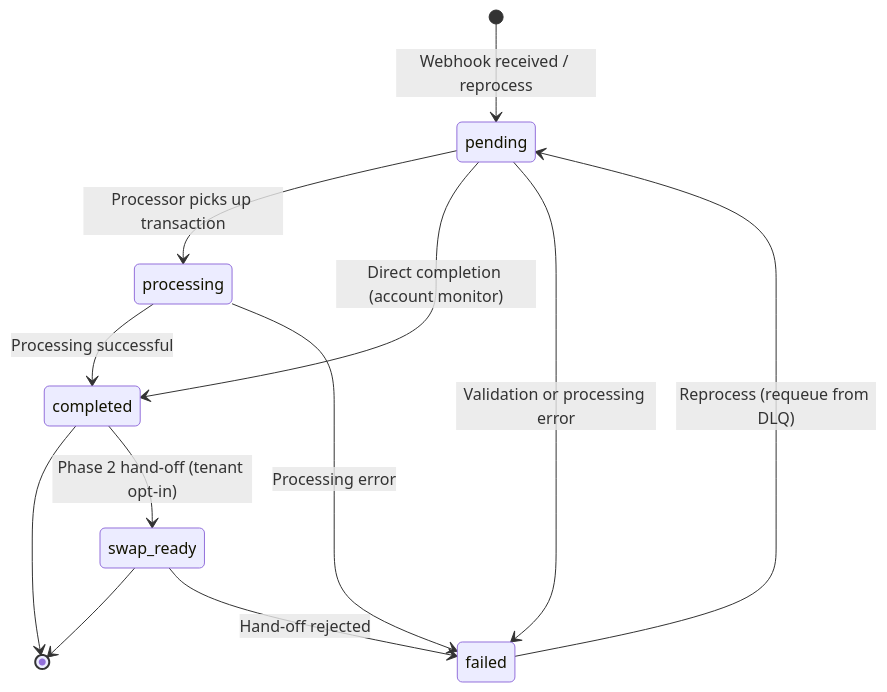
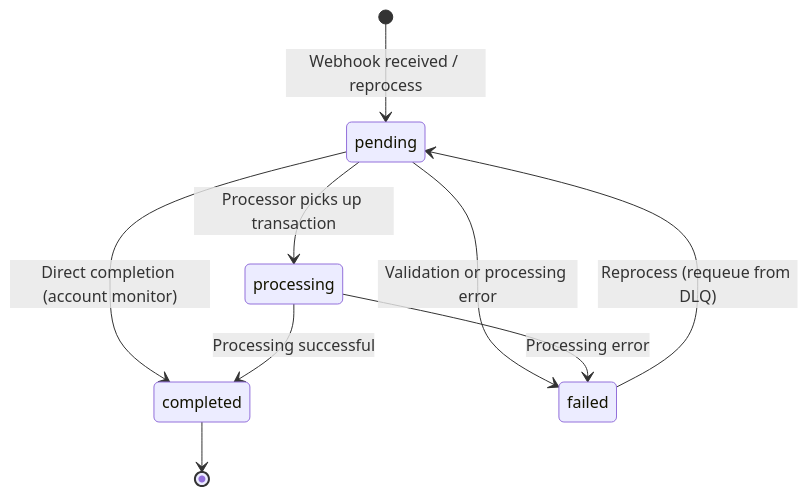
Before and after one commit to Synapse-bridgez/synapse-core: the diagram in docs/state-machine.md, drawn with Mermaid. The commit also changed other lines of this file and 821 other files, not shown here.

````diff
--- a/docs/state-machine.md
+++ b/docs/state-machine.md
@@ -7,18 +7,15 @@
 ```mermaid
 stateDiagram-v2
     [*] --> pending: Webhook received / reprocess
 
     pending --> processing: Processor picks up transaction
     pending --> completed: Direct completion (account monitor)
     pending --> failed: Validation or processing error
 
     processing --> completed: Processing successful
     processing --> failed: Processing error
 
     failed --> pending: Reprocess (requeue from DLQ)
 
     completed --> [*]
-    completed --> swap_ready: Phase 2 hand-off (tenant opt-in)
-    swap_ready --> [*]
-    swap_ready --> failed: Hand-off rejected
 ```
````
